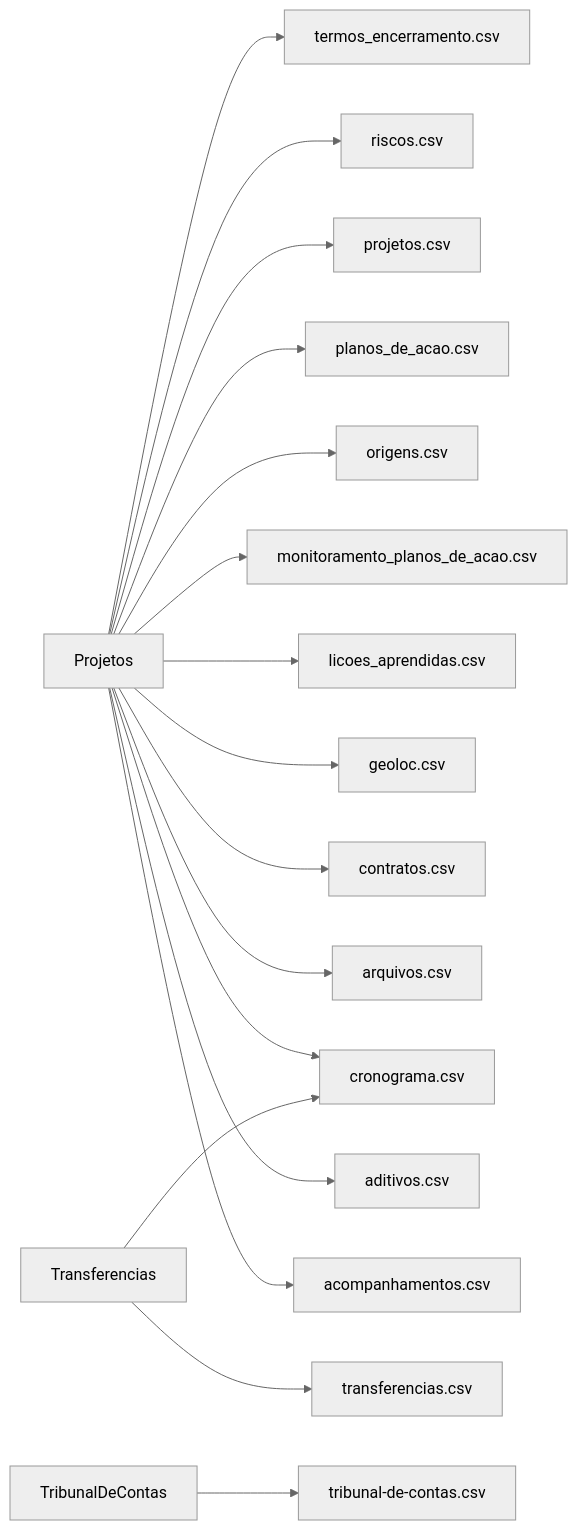
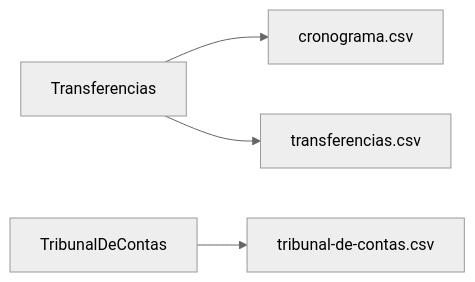
Before and after one commit to AppCivico/smae: the diagram in backend/docs/report-columns.md, drawn with Mermaid (neutral theme). The commit also changed other lines of this file and 12 other files, not shown here.

````diff
--- a/backend/docs/report-columns.md
+++ b/backend/docs/report-columns.md
@@ -29,19 +17,6 @@
 ```mermaid
 flowchart LR
-    projetos["Projetos"] --> acompanhamentos-csv["acompanhamentos.csv"]
-    projetos["Projetos"] --> aditivos-csv["aditivos.csv"]
-    projetos["Projetos"] --> arquivos-csv["arquivos.csv"]
-    projetos["Projetos"] --> contratos-csv["contratos.csv"]
-    projetos["Projetos"] --> cronograma-csv["cronograma.csv"]
     transferencias["Transferencias"] --> cronograma-csv["cronograma.csv"]
-    projetos["Projetos"] --> geoloc-csv["geoloc.csv"]
-    projetos["Projetos"] --> licoes-aprendidas-csv["licoes_aprendidas.csv"]
-    projetos["Projetos"] --> monitoramento-planos-de-acao-csv["monitoramento_planos_de_acao.csv"]
-    projetos["Projetos"] --> origens-csv["origens.csv"]
-    projetos["Projetos"] --> planos-de-acao-csv["planos_de_acao.csv"]
-    projetos["Projetos"] --> projetos-csv["projetos.csv"]
-    projetos["Projetos"] --> riscos-csv["riscos.csv"]
-    projetos["Projetos"] --> termos-encerramento-csv["termos_encerramento.csv"]
     transferencias["Transferencias"] --> transferencias-csv["transferencias.csv"]
     tribunaldecontas["TribunalDeContas"] --> tribunal-de-contas-csv["tribunal-de-contas.csv"]
 ```
````
